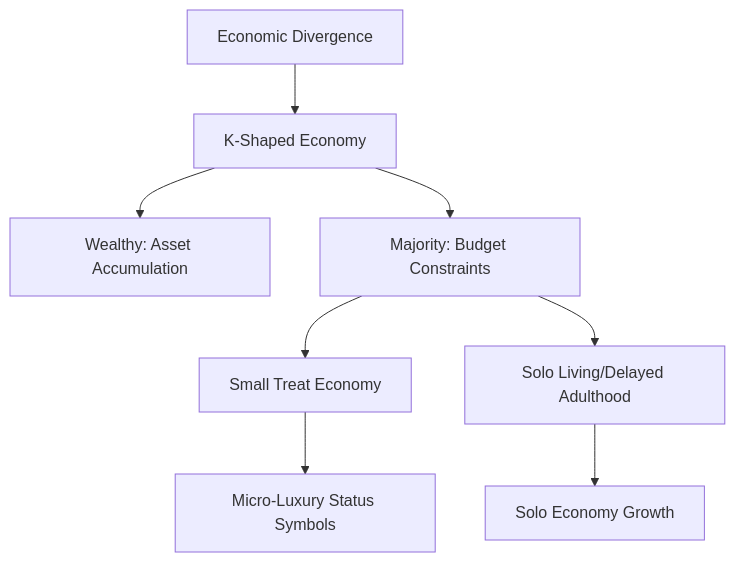
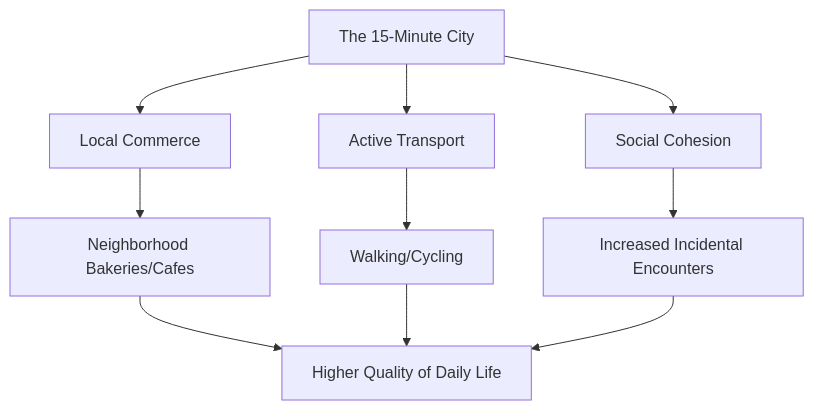
The diagram in blog-source/_posts/2026-07-01-daily-life-and-culture-around-the-world.md (Thirupathi-pirate/ivy), drawn with Mermaid before and after one commit. The commit also changed other lines of this file, not shown here.

Commit message:
Add post: 2026-07-01-daily-life-and-culture-around-the-world.md [skip ci]

````diff
--- a/blog-source/_posts/2026-07-01-daily-life-and-culture-around-the-world.md
+++ b/blog-source/_posts/2026-07-01-daily-life-and-culture-around-the-world.md
@@ -59,10 +54,12 @@
 ```mermaid
 graph TD
-    A[Economic Divergence] --> B[K-Shaped Economy]
-    B --> C[Wealthy: Asset Accumulation]
-    B --> D[Majority: Budget Constraints]
-    D --> E[Small Treat Economy]
-    D --> F[Solo Living/Delayed Adulthood]
-    E --> G[Micro-Luxury Status Symbols]
-    F --> H[Solo Economy Growth]
+    A[The 15-Minute City] --> B[Local Commerce]
+    A --> C[Active Transport]
+    A --> D[Social Cohesion]
+    B --> B1[Neighborhood Bakeries/Cafes]
+    C --> C1[Walking/Cycling]
+    D --> D1[Increased Incidental Encounters]
+    B1 --> E[Higher Quality of Daily Life]
+    C1 --> E
+    D1 --> E
 ```
````
